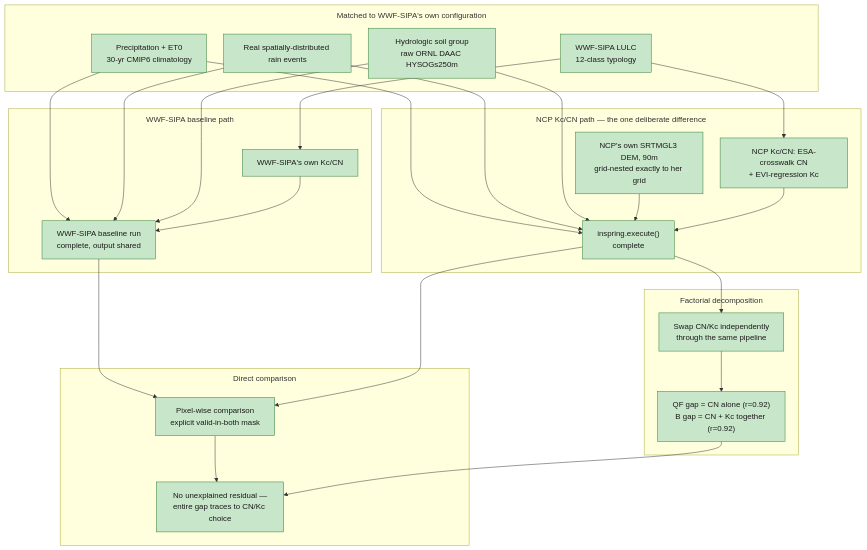
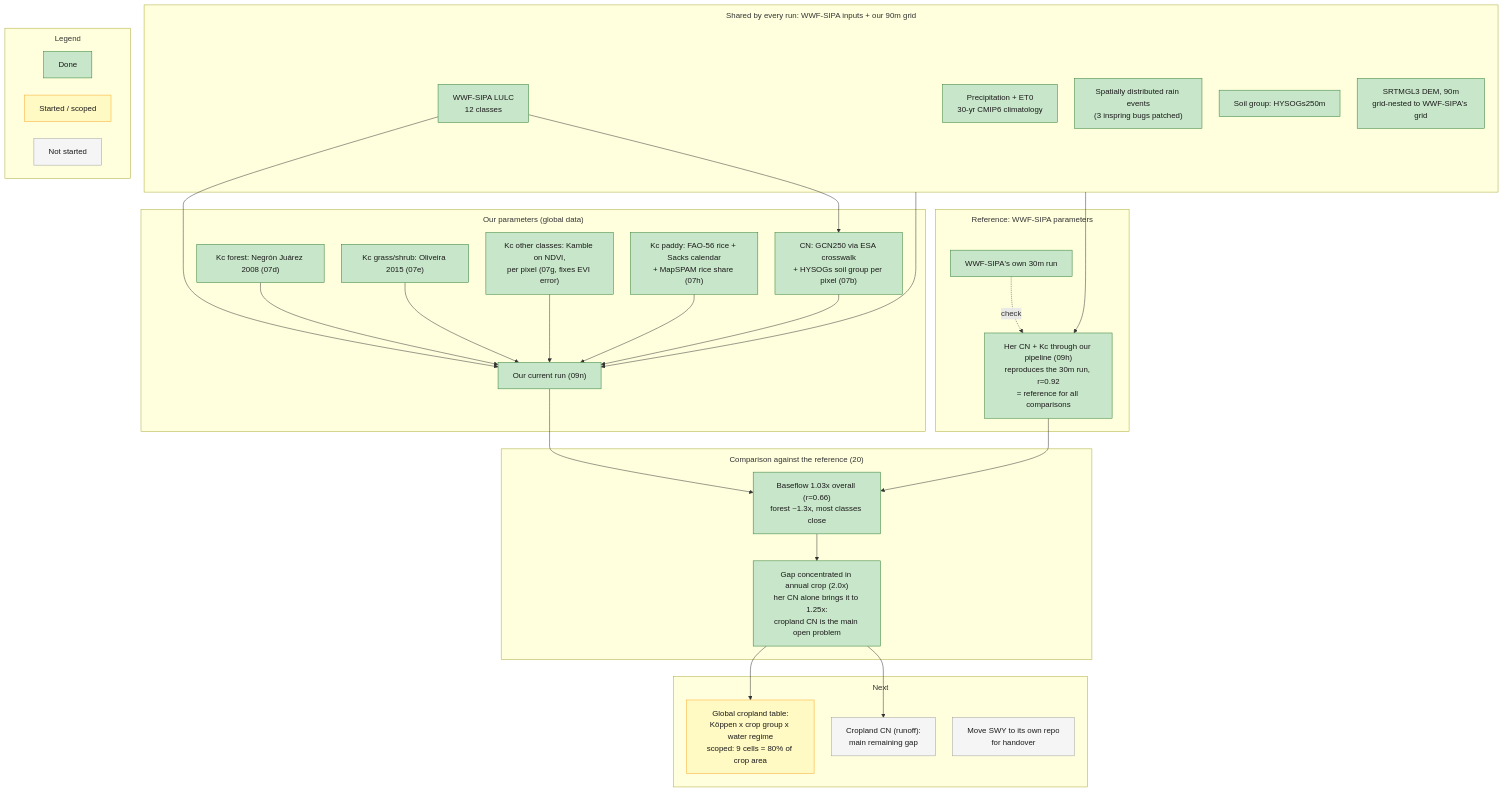
The diagram in docs/reports/swy/swy_status_report.qmd (springinnovate/global_NCP), drawn with Mermaid before and after one commit. The commit also changed other lines of this file and 62 other files, not shown here.

First line of the commit message:
SWY Philippines: per-pixel Kc, CN/Kc comparison against a 90m reference, global cropland scoping

````diff
--- a/docs/reports/swy/swy_status_report.qmd
+++ b/docs/reports/swy/swy_status_report.qmd
@@ -45,52 +42,65 @@
 ```{mermaid}
 %%| label: fig-workflow-philippines-report
-%%| fig-cap: "Philippines Kc/CN comparison: WWF-SIPA baseline vs. NCP Kc/CN run, both paths side by side."
+%%| fig-cap: "Philippines Kc/CN comparison, status 2026-09-25: shared inputs, the reference run, our parameter chain, the result, and next steps."
 %%{init: {'themeVariables': {'fontSize': '16px'}, 'flowchart': {'rankSpacing': 55, 'nodeSpacing': 35, 'padding': 15, 'subGraphTitleMargin': {'top': 10, 'bottom': 10}}}}%%
 flowchart TD
-    subgraph SHARED["Matched to WWF-SIPA's own configuration"]
-        LULC["WWF-SIPA LULC<br/>12-class typology"]:::done
-        PRECIP["Precipitation + ET0<br/>30-yr CMIP6 climatology"]:::done
-        RAINEV["Real spatially-distributed rain events"]:::done
-        SOIL["Hydrologic soil group<br/>raw ORNL DAAC HYSOGs250m"]:::done
+    subgraph SHARED["Shared by every run: WWF-SIPA inputs + our 90m grid"]
+        LULC["WWF-SIPA LULC<br/>12 classes"]:::done
+        CLIM["Precipitation + ET0<br/>30-yr CMIP6 climatology"]:::done
+        RAINEV["Spatially distributed rain events<br/>(3 inspring bugs patched)"]:::done
+        SOIL["Soil group: HYSOGs250m"]:::done
+        DEM["SRTMGL3 DEM, 90m<br/>grid-nested to WWF-SIPA's grid"]:::done
     end
 
-    subgraph BASELINE["WWF-SIPA baseline path"]
-        BASECNKC["WWF-SIPA's own Kc/CN"]:::done
-        BASERUN["WWF-SIPA baseline run<br/>complete, output shared"]:::done
+    subgraph REF["Reference: WWF-SIPA parameters"]
+        HER30["WWF-SIPA's own 30m run"]:::done
+        REFRUN["Her CN + Kc through our pipeline (09h)<br/>reproduces the 30m run, r=0.92<br/>= reference for all comparisons"]:::done
     end
 
-    subgraph NCPPATH["NCP Kc/CN path — the one deliberate difference"]
-        DEM["NCP's own SRTMGL3 DEM, 90m<br/>grid-nested exactly to her grid"]:::done
-        CROSSWALK["NCP Kc/CN: ESA-crosswalk CN<br/>+ EVI-regression Kc"]:::done
-        NCPRUN["inspring.execute()<br/>complete"]:::done
+    subgraph OURS["Our parameters (global data)"]
+        CN["CN: GCN250 via ESA crosswalk<br/>+ HYSOGs soil group per pixel (07b)"]:::done
+        KCF["Kc forest: Negrón Juárez 2008 (07d)"]:::done
+        KCG["Kc grass/shrub: Oliveira 2015 (07e)"]:::done
+        KCN["Kc other classes: Kamble on NDVI,<br/>per pixel (07g, fixes EVI error)"]:::done
+        KCP["Kc paddy: FAO-56 rice + Sacks calendar<br/>+ MapSPAM rice share (07h)"]:::done
+        OURRUN["Our current run (09n)"]:::done
     end
 
-    subgraph FACTORIAL["Factorial decomposition"]
-        SWAP["Swap CN/Kc independently<br/>through the same pipeline"]:::done
-        ATTRIB["QF gap = CN alone (r=0.92)<br/>B gap = CN + Kc together (r=0.92)"]:::done
+    subgraph RESULT["Comparison against the reference (20)"]
+        OVERALL["Baseflow 1.03x overall (r=0.66)<br/>forest ~1.3x, most classes close"]:::done
+        CROP["Gap concentrated in annual crop (2.0x)<br/>her CN alone brings it to 1.25x:<br/>cropland CN is the main open problem"]:::done
     end
 
-    subgraph COMPARE["Direct comparison"]
-        PIXEL["Pixel-wise comparison<br/>explicit valid-in-both mask"]:::done
-        FINDING["No unexplained residual —<br/>entire gap traces to CN/Kc choice"]:::done
+    subgraph NEXT["Next"]
+        CROPCN["Cropland CN (runoff):<br/>main remaining gap"]:::todo
+        TABLE["Global cropland table:<br/>Köppen x crop group x water regime<br/>scoped: 9 cells = 80% of crop area"]:::progress
+        REPO["Move SWY to its own repo<br/>for handover"]:::todo
     end
 
-    LULC --> BASECNKC
-    LULC --> CROSSWALK
-    PRECIP --> BASERUN
-    PRECIP --> NCPRUN
-    RAINEV --> BASERUN
-    RAINEV --> NCPRUN
-    SOIL --> BASERUN
-    SOIL --> NCPRUN
-    BASECNKC --> BASERUN
-    DEM --> NCPRUN
-    CROSSWALK --> NCPRUN
-    BASERUN --> PIXEL
-    NCPRUN --> PIXEL
-    NCPRUN --> SWAP --> ATTRIB
-    PIXEL --> FINDING
-    ATTRIB --> FINDING
+    LULC --> CN
+    LULC --> OURRUN
+    SHARED --> REFRUN
+    HER30 -.->|check| REFRUN
+    KCF --> OURRUN
+    KCG --> OURRUN
+    KCN --> OURRUN
+    KCP --> OURRUN
+    CN --> OURRUN
+    SHARED --> OURRUN
+    REFRUN --> OVERALL
+    OURRUN --> OVERALL
+    OVERALL --> CROP
+    CROP --> CROPCN
+    CROP --> TABLE
+
+    subgraph LEGEND["Legend"]
+        direction LR
+        LDONE["Done"]:::done
+        LPROG["Started / scoped"]:::progress
+        LTODO["Not started"]:::todo
+    end
 
     classDef done fill:#c8e6c9,stroke:#2e7d32,color:#1b1b1b
+    classDef progress fill:#fff9c4,stroke:#f9a825,color:#1b1b1b
+    classDef todo fill:#f5f5f5,stroke:#9e9e9e,color:#1b1b1b
 ```
````
